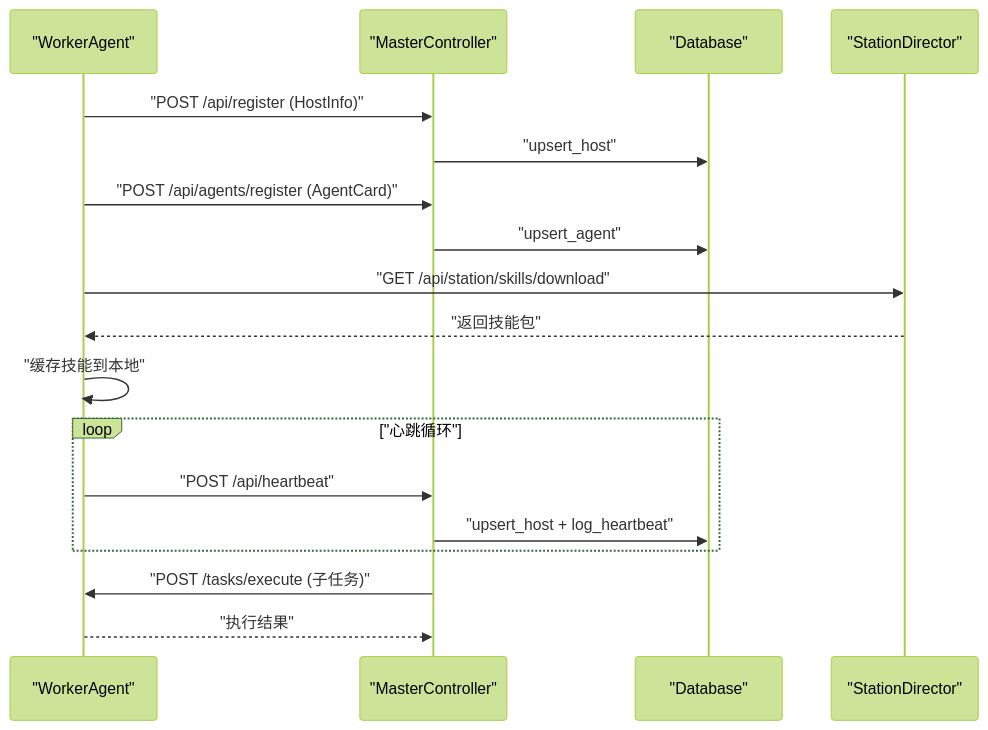
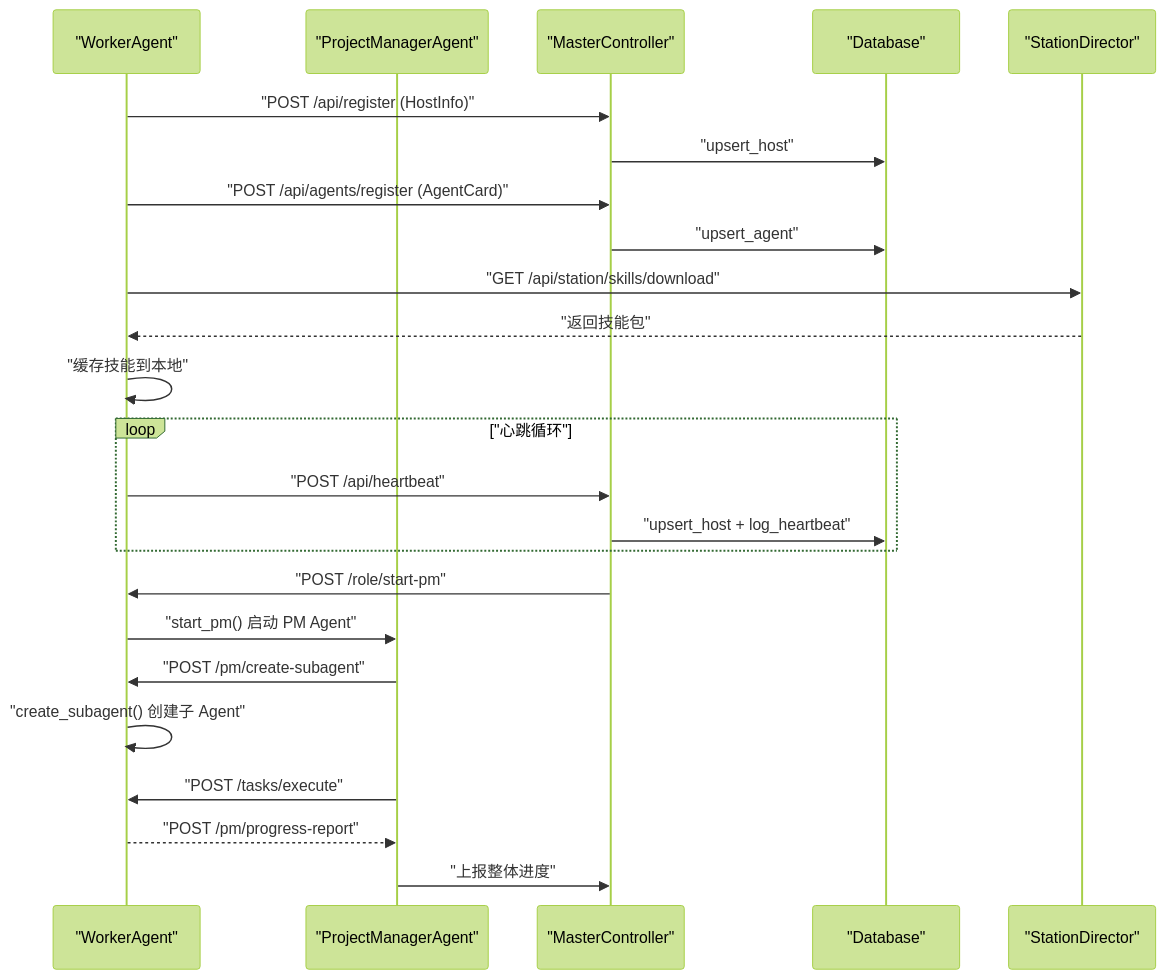
The ninth of 14 diagrams in .qoder/repowiki/zh/content/架构设计/Worker 代理/Worker 代理.md (targalian/Personal-distributed-workstation), drawn with Mermaid (forest theme) before and after one commit. The commit also changed other lines of this file and 60 other files, not shown here.

````diff
--- a/.qoder/repowiki/zh/content/架构设计/Worker 代理/Worker 代理.md
+++ b/.qoder/repowiki/zh/content/架构设计/Worker 代理/Worker 代理.md
@@ -297,20 +509,26 @@
 ```mermaid
 sequenceDiagram
 participant Worker as "WorkerAgent"
+participant PM as "ProjectManagerAgent"
 participant Master as "MasterController"
 participant DB as "Database"
 participant SD as "StationDirector"
 Worker->>Master : "POST /api/register (HostInfo)"
 Master->>DB : "upsert_host"
 Worker->>Master : "POST /api/agents/register (AgentCard)"
 Master->>DB : "upsert_agent"
 Worker->>SD : "GET /api/station/skills/download"
 SD-->>Worker : "返回技能包"
 Worker->>Worker : "缓存技能到本地"
 loop "心跳循环"
 Worker->>Master : "POST /api/heartbeat"
 Master->>DB : "upsert_host + log_heartbeat"
 end
-Master->>Worker : "POST /tasks/execute (子任务)"
-Worker-->>Master : "执行结果"
+Master->>Worker : "POST /role/start-pm"
+Worker->>PM : "start_pm() 启动 PM Agent"
+PM->>Worker : "POST /pm/create-subagent"
+Worker->>Worker : "create_subagent() 创建子 Agent"
+PM->>Worker : "POST /tasks/execute"
+Worker-->>PM : "POST /pm/progress-report"
+PM->>Master : "上报整体进度"
 ```
````
